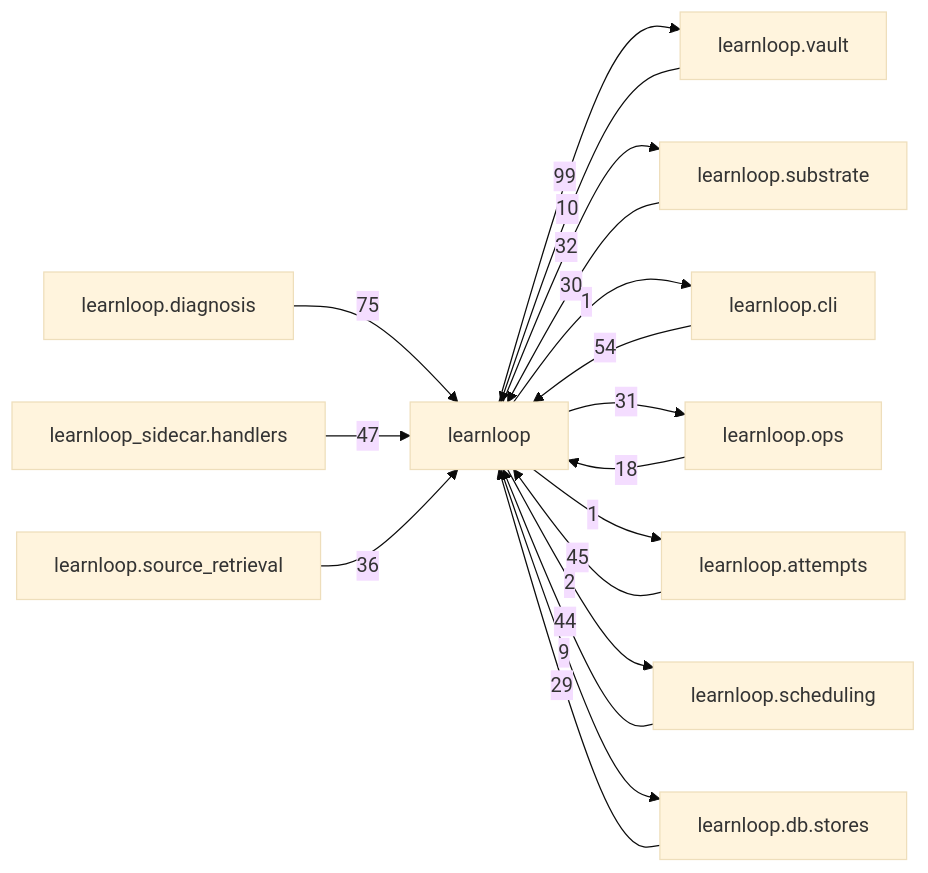
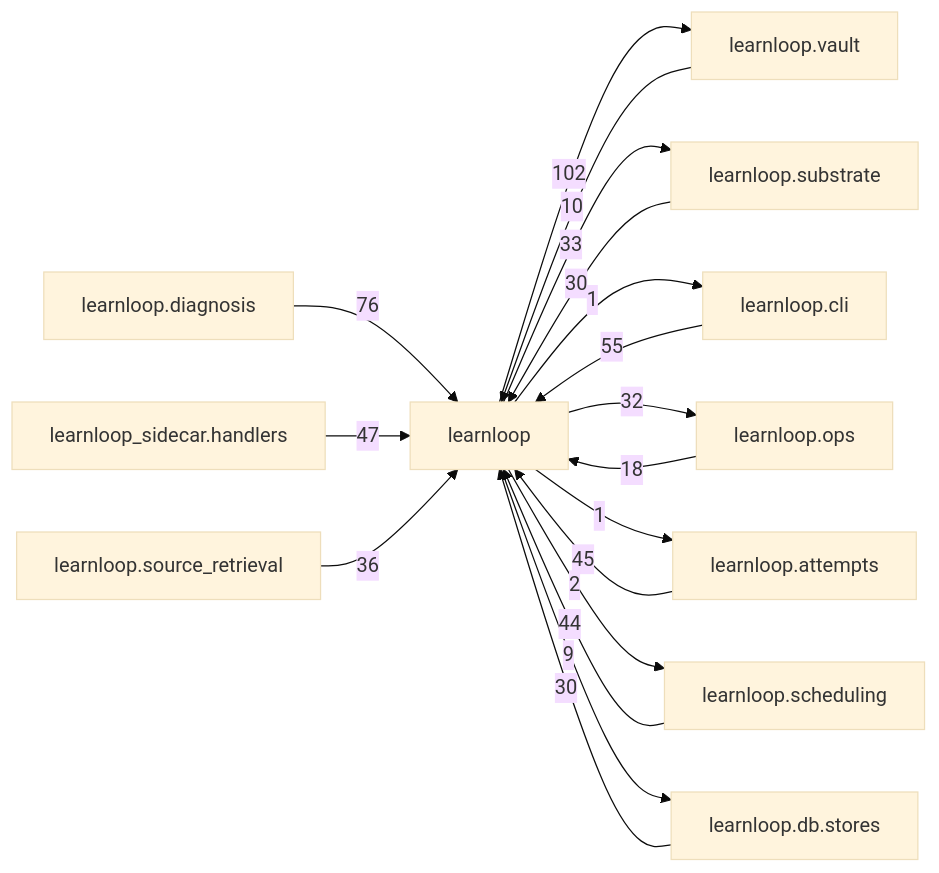
The diagram in docs/learnloop-architecture-vault/Reference/Modules/learnloop/_package.md (6up-b/learnanything), drawn with Mermaid (base theme) before and after one commit. The commit also changed other lines of this file and 616 other files, not shown here.

````diff
--- a/docs/learnloop-architecture-vault/Reference/Modules/learnloop/_package.md
+++ b/docs/learnloop-architecture-vault/Reference/Modules/learnloop/_package.md
@@ -306,31 +312,31 @@
 ```mermaid
 flowchart LR
     center["learnloop"]
     n_learnloop_vault["learnloop.vault"]
     n_learnloop_diagnosis["learnloop.diagnosis"]
     n_learnloop_substrate["learnloop.substrate"]
     n_learnloop_cli["learnloop.cli"]
     n_learnloop_ops["learnloop.ops"]
     n_learnloop_sidecar_handlers["learnloop_sidecar.handlers"]
     n_learnloop_attempts["learnloop.attempts"]
     n_learnloop_scheduling["learnloop.scheduling"]
     n_learnloop_db_stores["learnloop.db.stores"]
     n_learnloop_source_retrieval["learnloop.source_retrieval"]
     n_learnloop_vault -->|10| center
-    center -->|99| n_learnloop_vault
-    n_learnloop_diagnosis -->|75| center
+    center -->|102| n_learnloop_vault
+    n_learnloop_diagnosis -->|76| center
     n_learnloop_substrate -->|30| center
-    center -->|32| n_learnloop_substrate
-    n_learnloop_cli -->|54| center
+    center -->|33| n_learnloop_substrate
+    n_learnloop_cli -->|55| center
     center -->|1| n_learnloop_cli
     n_learnloop_ops -->|18| center
-    center -->|31| n_learnloop_ops
+    center -->|32| n_learnloop_ops
     n_learnloop_sidecar_handlers -->|47| center
     n_learnloop_attempts -->|45| center
     center -->|1| n_learnloop_attempts
     n_learnloop_scheduling -->|44| center
     center -->|2| n_learnloop_scheduling
-    n_learnloop_db_stores -->|29| center
+    n_learnloop_db_stores -->|30| center
     center -->|9| n_learnloop_db_stores
     n_learnloop_source_retrieval -->|36| center
 ```
````
